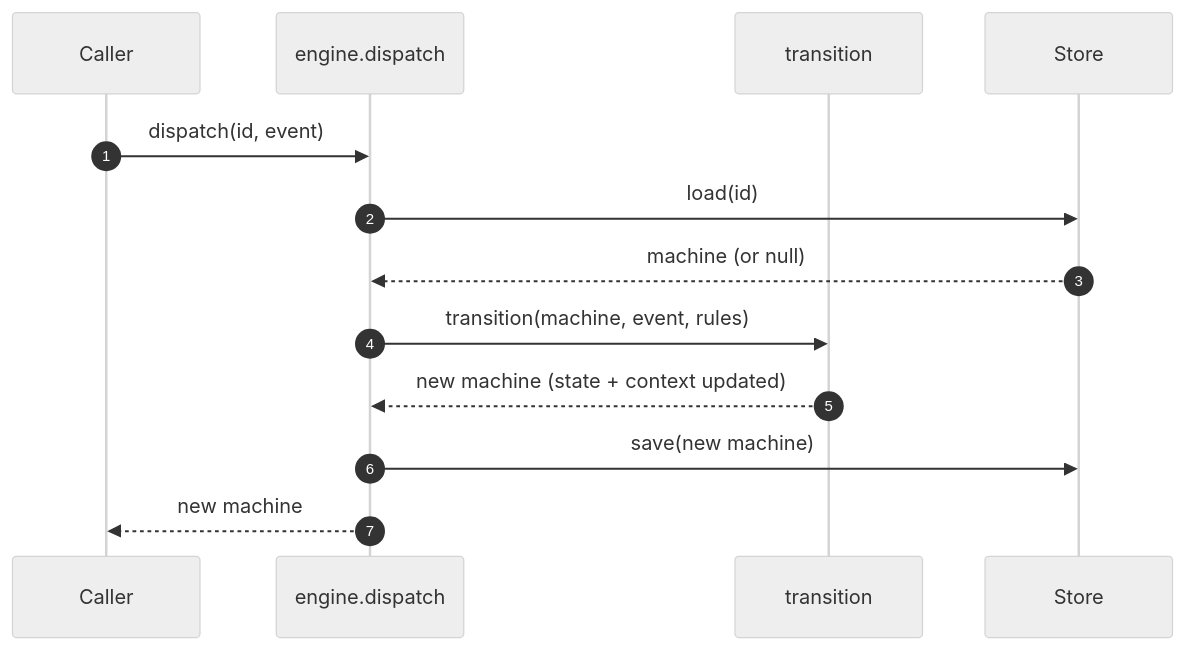
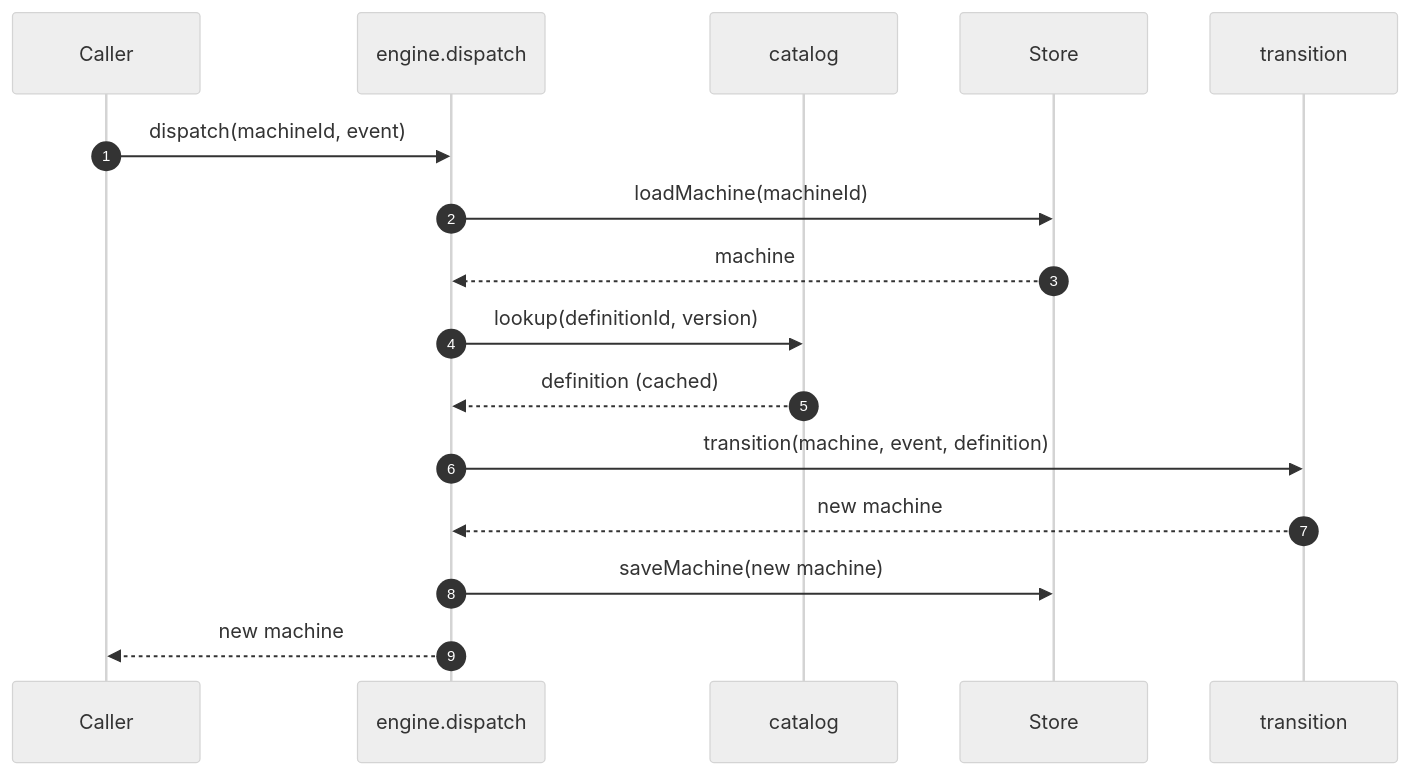
The second of 3 diagrams in architecture.md (foreman-lab/handbook), drawn with Mermaid (neutral theme) before and after one commit. The commit also changed other lines of this file, not shown here.

````diff
--- a/architecture.md
+++ b/architecture.md
@@ -198,16 +276,19 @@
 ```mermaid
 sequenceDiagram
     autonumber
     participant C as Caller
     participant E as engine.dispatch
+    participant Cat as catalog
+    participant S as Store
     participant Dom as transition
-    participant S as Store
 
-    C->>E: dispatch(id, event)
-    E->>S: load(id)
-    S-->>E: machine (or null)
-    E->>Dom: transition(machine, event, rules)
-    Dom-->>E: new machine (state + context updated)
-    E->>S: save(new machine)
+    C->>E: dispatch(machineId, event)
+    E->>S: loadMachine(machineId)
+    S-->>E: machine
+    E->>Cat: lookup(definitionId, version)
+    Cat-->>E: definition (cached)
+    E->>Dom: transition(machine, event, definition)
+    Dom-->>E: new machine
+    E->>S: saveMachine(new machine)
     E-->>C: new machine
 ```
````
